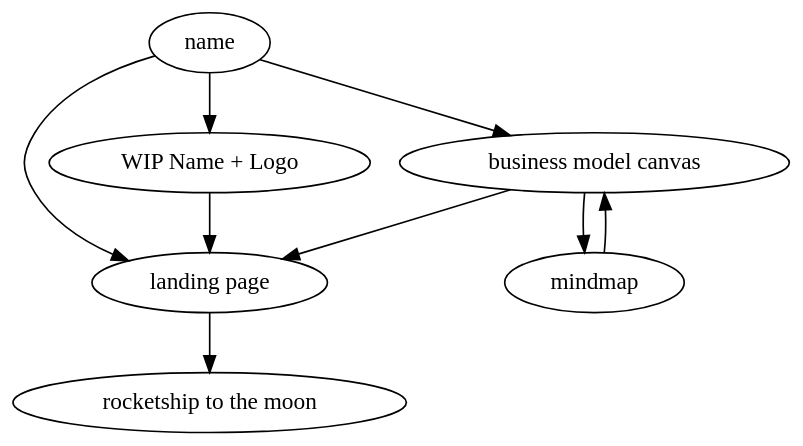
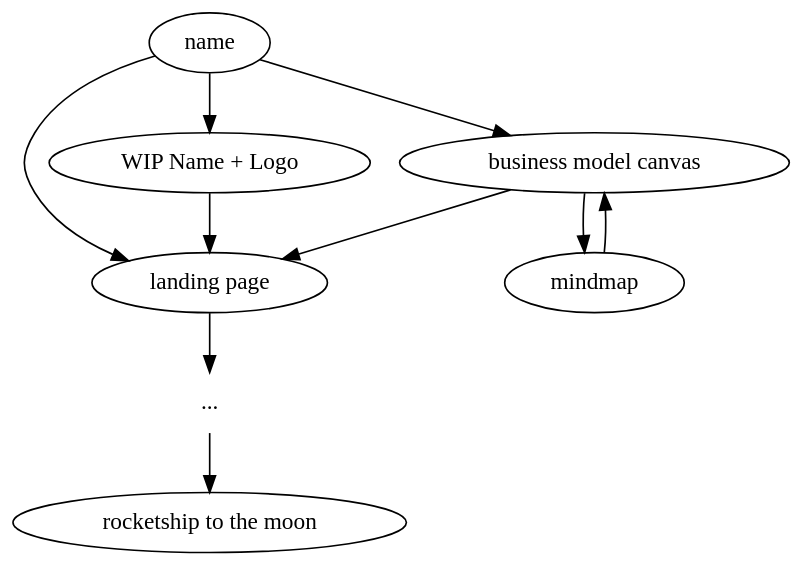
One commit to mhhf/memhub.io changed the diagram in public/ev.dot. Above: the diagram before and after it, drawn with Graphviz. The commit also changed 16 other files, not shown here.

```diff
--- a/public/ev.dot
+++ b/public/ev.dot
@@ -1,15 +1,16 @@
 digraph {
   graph [bgcolor=transparent]
   bmc[label="business model canvas"];
   lp[label="landing page"];
   mm[label="mindmap"];
   wip[label="WIP Name + Logo"];
+  pp[label="...", shape=none];
   rs[label="rocketship to the moon"];
   name -> bmc;
   bmc -> mm;
   mm -> bmc;
   name -> lp;
   bmc -> lp;
   name -> wip -> lp;
-  lp -> rs;
+  lp -> pp -> rs;
 }
```
